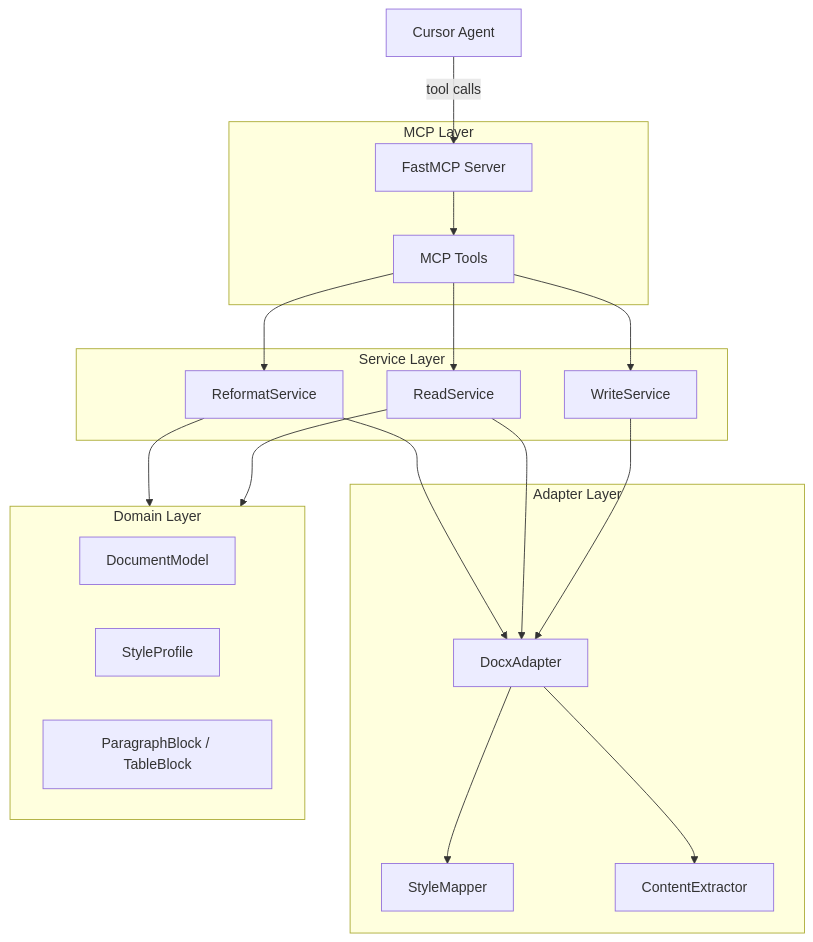
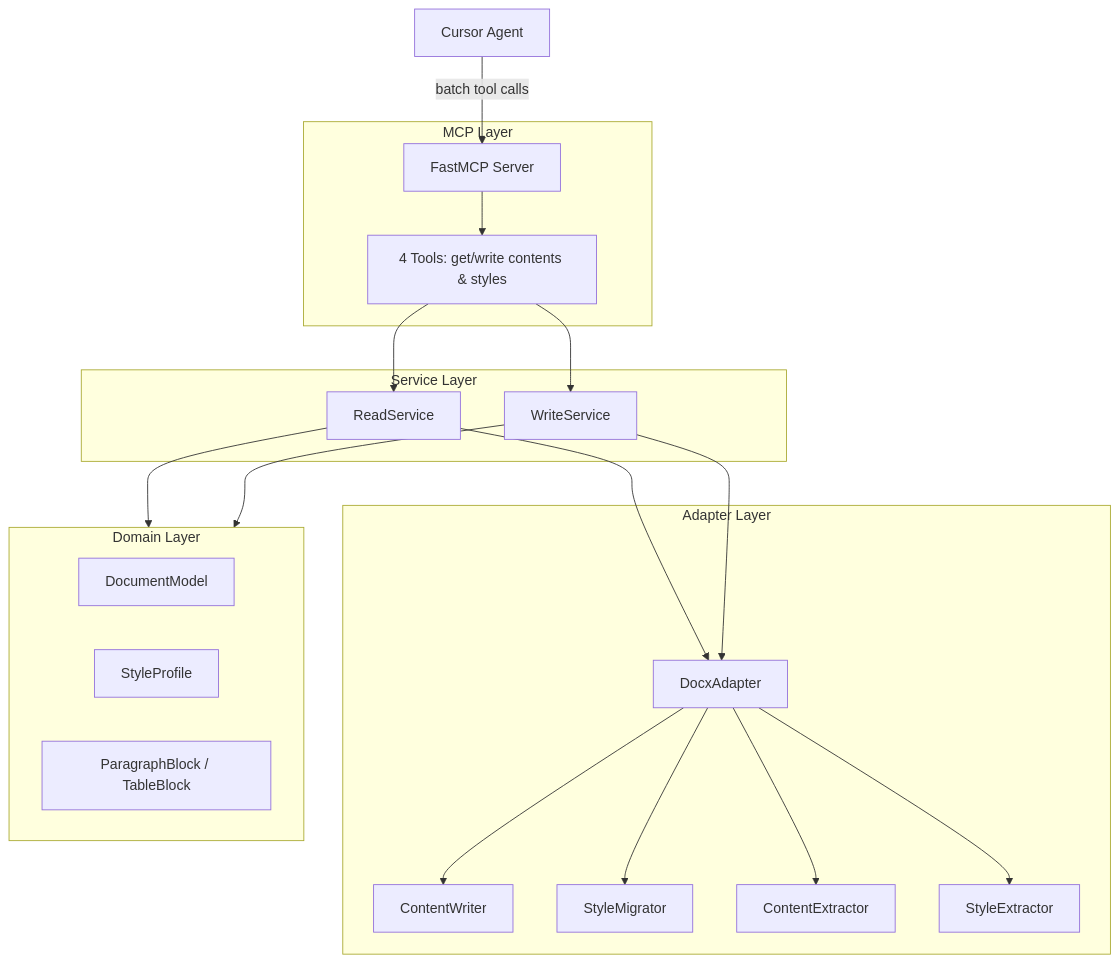
The diagram in AGENTS.md (gossipauthorxpm/docs-mcp), drawn with Mermaid before and after one commit. The commit also changed other lines of this file and 21 other files, not shown here.

Commit message:
feat(plans): implement paginated MCP tools for reading and writing docx

````diff
--- a/AGENTS.md
+++ b/AGENTS.md
@@ -7,38 +7,39 @@
 ```mermaid
 flowchart TB
   subgraph mcpLayer [MCP Layer]
     Server[FastMCP Server]
-    Tools[MCP Tools]
+    Tools["4 Tools: get/write contents & styles"]
   end
 
   subgraph serviceLayer [Service Layer]
-    ReformatSvc[ReformatService]
     ReadSvc[ReadService]
     WriteSvc[WriteService]
   end
 
   subgraph adapterLayer [Adapter Layer]
     DocxAdapter[DocxAdapter]
-    StyleMapper[StyleMapper]
+    ContentWriter[ContentWriter]
+    StyleMigrator[StyleMigrator]
     ContentExtractor[ContentExtractor]
+    StyleExtractor[StyleExtractor]
   end
 
   subgraph domainLayer [Domain Layer]
     DocModel[DocumentModel]
     StyleProfile[StyleProfile]
     BlockModel[ParagraphBlock / TableBlock]
   end
 
-  Agent[Cursor Agent] -->|tool calls| Server
+  Agent[Cursor Agent] -->|batch tool calls| Server
   Server --> Tools
-  Tools --> ReformatSvc
   Tools --> ReadSvc
   Tools --> WriteSvc
-  ReformatSvc --> DocxAdapter
   ReadSvc --> DocxAdapter
   WriteSvc --> DocxAdapter
-  DocxAdapter --> StyleMapper
   DocxAdapter --> ContentExtractor
-  ReformatSvc --> domainLayer
+  DocxAdapter --> StyleExtractor
+  DocxAdapter --> ContentWriter
+  DocxAdapter --> StyleMigrator
   ReadSvc --> domainLayer
+  WriteSvc --> domainLayer
 ```
````
